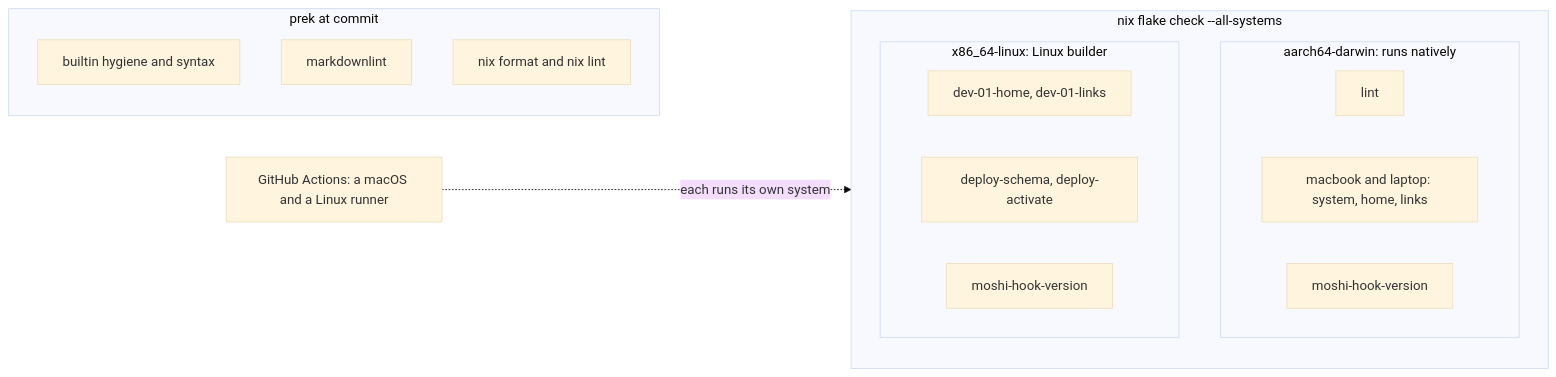
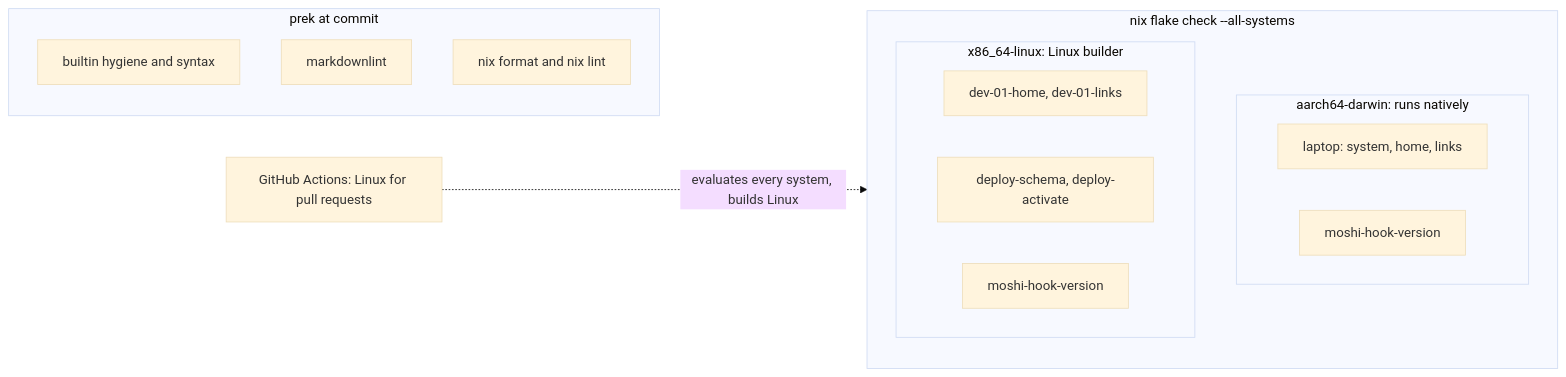
Before and after one commit to mich-murphy/nix-config: the third of 3 diagrams in README.md, drawn with Mermaid (base theme). The commit also changed other lines of this file and 6 other files, not shown here.

First line of the commit message:
ci: check pull requests on Linux only, lint with prek alone, and remove the macbook host (#113)

````diff
--- a/README.md
+++ b/README.md
@@ -238,21 +237,20 @@
 ```mermaid
 flowchart LR
   subgraph PK["prek at commit"]
     H1["builtin hygiene and syntax"]
     H2["markdownlint"]
     H3["nix format and nix lint"]
   end
   subgraph FC["nix flake check --all-systems"]
     subgraph MAC["aarch64-darwin: runs natively"]
-      M1["lint"]
-      M2["macbook and laptop: system, home, links"]
+      M2["laptop: system, home, links"]
       M3["moshi-hook-version"]
     end
     subgraph LIN["x86_64-linux: Linux builder"]
       L1["dev-01-home, dev-01-links"]
       L2["deploy-schema, deploy-activate"]
       L3["moshi-hook-version"]
     end
   end
-  CI["GitHub Actions: a macOS and a Linux runner"] -.->|"each runs its own system"| FC
+  CI["GitHub Actions: Linux for pull requests"] -.->|"evaluates every system, builds Linux"| FC
 ```
````
